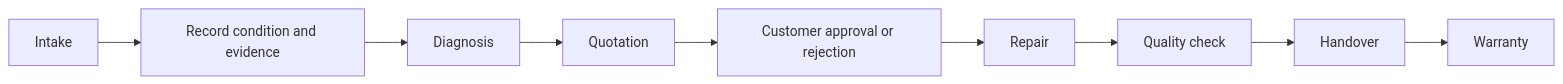
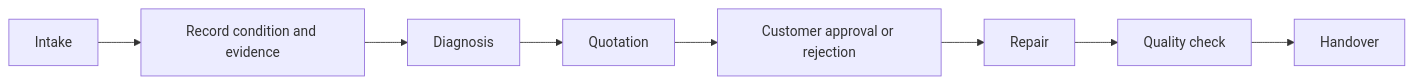
Before and after one commit to datdt03/DOTHANHDAT_INTERN_01278: the diagram in README.md, drawn with Mermaid. The commit also changed other lines of this file and 12 other files, not shown here.

````diff
--- a/README.md
+++ b/README.md
@@ -37,11 +37,10 @@
 ```mermaid
 flowchart LR
     A[Intake] --> B[Record condition and evidence]
     B --> C[Diagnosis]
     C --> D[Quotation]
     D --> E[Customer approval or rejection]
     E --> F[Repair]
     F --> G[Quality check]
     G --> H[Handover]
-    H --> I[Warranty]
 ```
````
